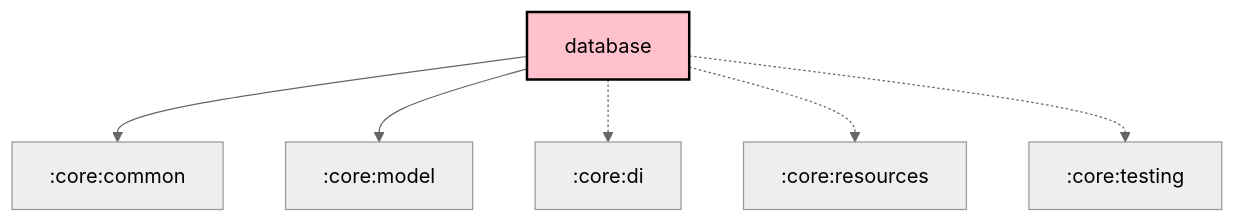
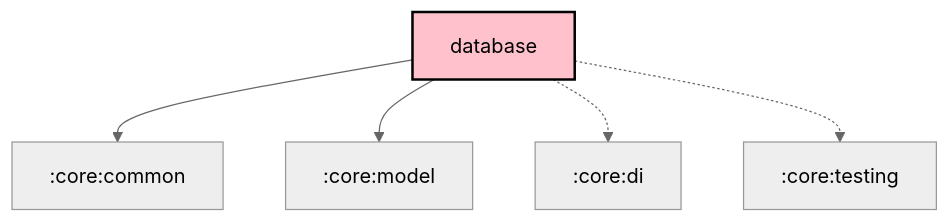
One commit to meshtastic/Meshtastic-Android changed the diagram in core/database/README.md. Above: the diagram before and after it, drawn with Mermaid (neutral theme). The commit also changed 14 other files, not shown here.

First line of the commit message:
chore: Scheduled updates (Graphs, Baseline Profile)

````diff
--- a/core/database/README.md
+++ b/core/database/README.md
@@ -27,23 +27,22 @@
 ```mermaid
 graph TB
   :core:database[database]:::kmp-library
   :core:database --> :core:common
   :core:database --> :core:model
   :core:database -.-> :core:di
-  :core:database -.-> :core:resources
   :core:database -.-> :core:testing
 
 classDef android-application fill:#CAFFBF,stroke:#000,stroke-width:2px,color:#000;
 classDef android-application-compose fill:#CAFFBF,stroke:#000,stroke-width:2px,color:#000;
 classDef compose-desktop-application fill:#CAFFBF,stroke:#000,stroke-width:2px,color:#000;
 classDef android-feature fill:#FFD6A5,stroke:#000,stroke-width:2px,color:#000;
 classDef android-library fill:#9BF6FF,stroke:#000,stroke-width:2px,color:#000;
 classDef android-library-compose fill:#9BF6FF,stroke:#000,stroke-width:2px,color:#000;
 classDef android-test fill:#A0C4FF,stroke:#000,stroke-width:2px,color:#000;
 classDef jvm-library fill:#BDB2FF,stroke:#000,stroke-width:2px,color:#000;
 classDef kmp-feature fill:#FFD6A5,stroke:#000,stroke-width:2px,color:#000;
 classDef kmp-library-compose fill:#FFC1CC,stroke:#000,stroke-width:2px,color:#000;
 classDef kmp-library fill:#FFC1CC,stroke:#000,stroke-width:2px,color:#000;
 classDef unknown fill:#FFADAD,stroke:#000,stroke-width:2px,color:#000;
 
 ```
````
